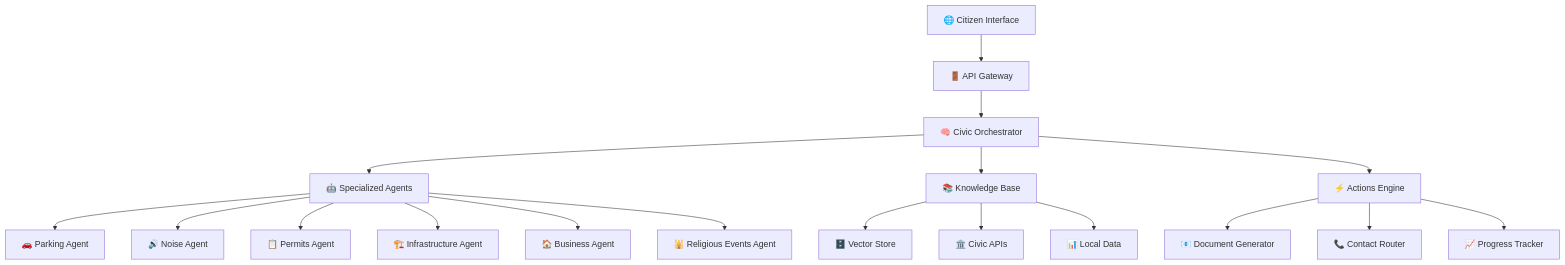
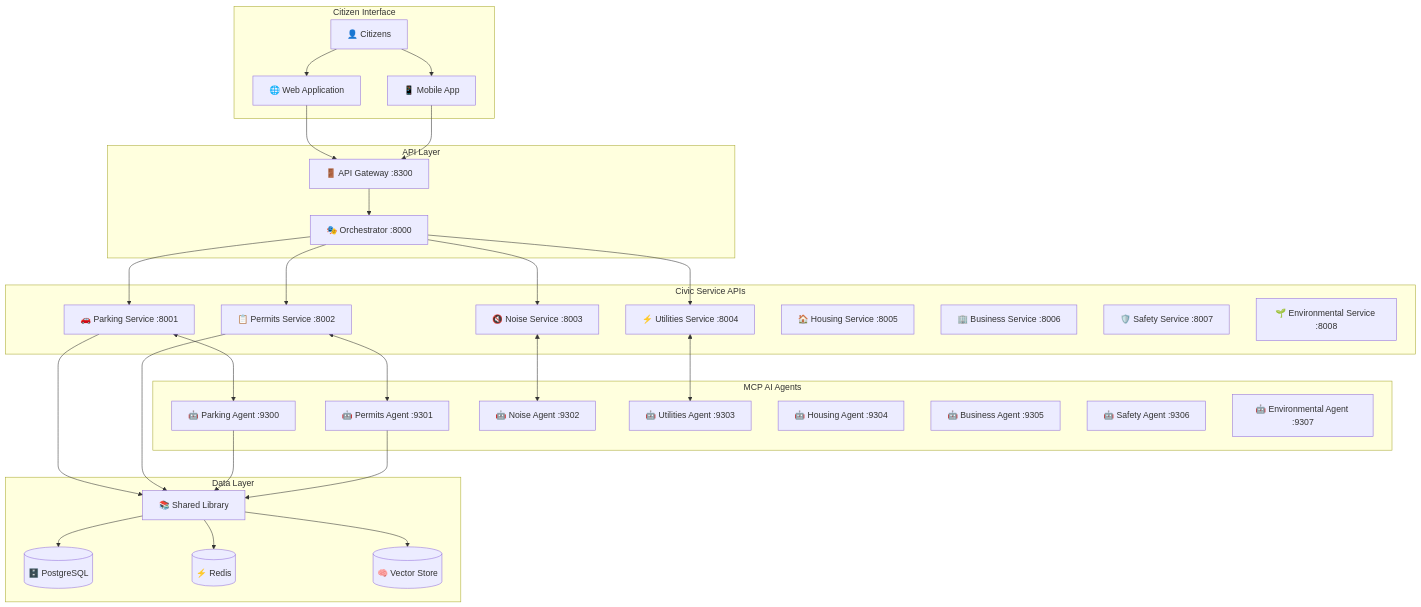
The diagram in README.md (rajathota/civicmind-ai), drawn with Mermaid before and after one commit. The commit also changed other lines of this file and 79 other files, not shown here.

Commit message:
refactored code for Micro services architecture

````diff
--- a/README.md
+++ b/README.md
@@ -47,23 +67,67 @@
 ```mermaid
 graph TB
-    A[🌐 Citizen Interface] --> B[🚪 API Gateway]
-    B --> C[🧠 Civic Orchestrator]
+    subgraph "Citizen Interface"
+        Citizens[👤 Citizens] 
+        WebApp[🌐 Web Application]
+        Mobile[📱 Mobile App]
+    end
     
-    C --> D[🤖 Specialized Agents]
-    D --> E[🚗 Parking Agent]
-    D --> F[🔊 Noise Agent]
-    D --> G[📋 Permits Agent]
-    D --> H[🏗️ Infrastructure Agent]
-    D --> I[🏠 Business Agent]
-    D --> J[🕌 Religious Events Agent]
+    subgraph "API Layer"
+        Gateway[🚪 API Gateway :8300]
+        Orchestrator[🎭 Orchestrator :8000]
+    end
     
-    C --> K[📚 Knowledge Base]
-    K --> L[🗄️ Vector Store]
-    K --> M[🏛️ Civic APIs]
-    K --> N[📊 Local Data]
+    subgraph "Civic Service APIs"
+        API1[🚗 Parking Service :8001]
+        API2[📋 Permits Service :8002]
+        API3[🔇 Noise Service :8003]
+        API4[⚡ Utilities Service :8004]
+        API5[🏠 Housing Service :8005]
+        API6[🏢 Business Service :8006]
+        API7[🛡️ Safety Service :8007]
+        API8[🌱 Environmental Service :8008]
+    end
     
-    C --> O[⚡ Actions Engine]
-    O --> P[📧 Document Generator]
-    O --> Q[📞 Contact Router]
-    O --> R[📈 Progress Tracker]
+    subgraph "MCP AI Agents"
+        MCP1[🤖 Parking Agent :9300]
+        MCP2[🤖 Permits Agent :9301]
+        MCP3[🤖 Noise Agent :9302]
+        MCP4[🤖 Utilities Agent :9303]
+        MCP5[🤖 Housing Agent :9304]
+        MCP6[🤖 Business Agent :9305]
+        MCP7[🤖 Safety Agent :9306]
+        MCP8[🤖 Environmental Agent :9307]
+    end
+    
+    subgraph "Data Layer"
+        SharedLib[📚 Shared Library]
+        Database[(🗄️ PostgreSQL)]
+        Cache[(⚡ Redis)]
+        Vector[(🧠 Vector Store)]
+    end
+    
+    Citizens --> WebApp
+    Citizens --> Mobile
+    WebApp --> Gateway
+    Mobile --> Gateway
+    
+    Gateway --> Orchestrator
+    Orchestrator --> API1
+    Orchestrator --> API2
+    Orchestrator --> API3
+    Orchestrator --> API4
+    
+    API1 <--> MCP1
+    API2 <--> MCP2
+    API3 <--> MCP3
+    API4 <--> MCP4
+    
+    API1 --> SharedLib
+    API2 --> SharedLib
+    MCP1 --> SharedLib
+    MCP2 --> SharedLib
+    
+    SharedLib --> Database
+    SharedLib --> Cache
+    SharedLib --> Vector
 ```
````
